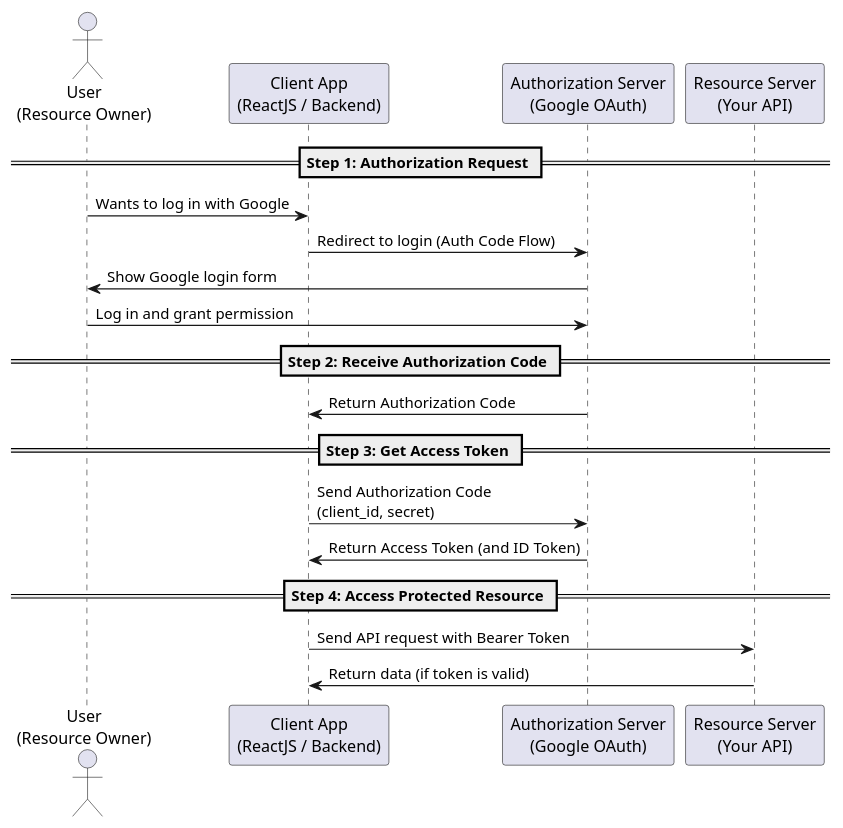
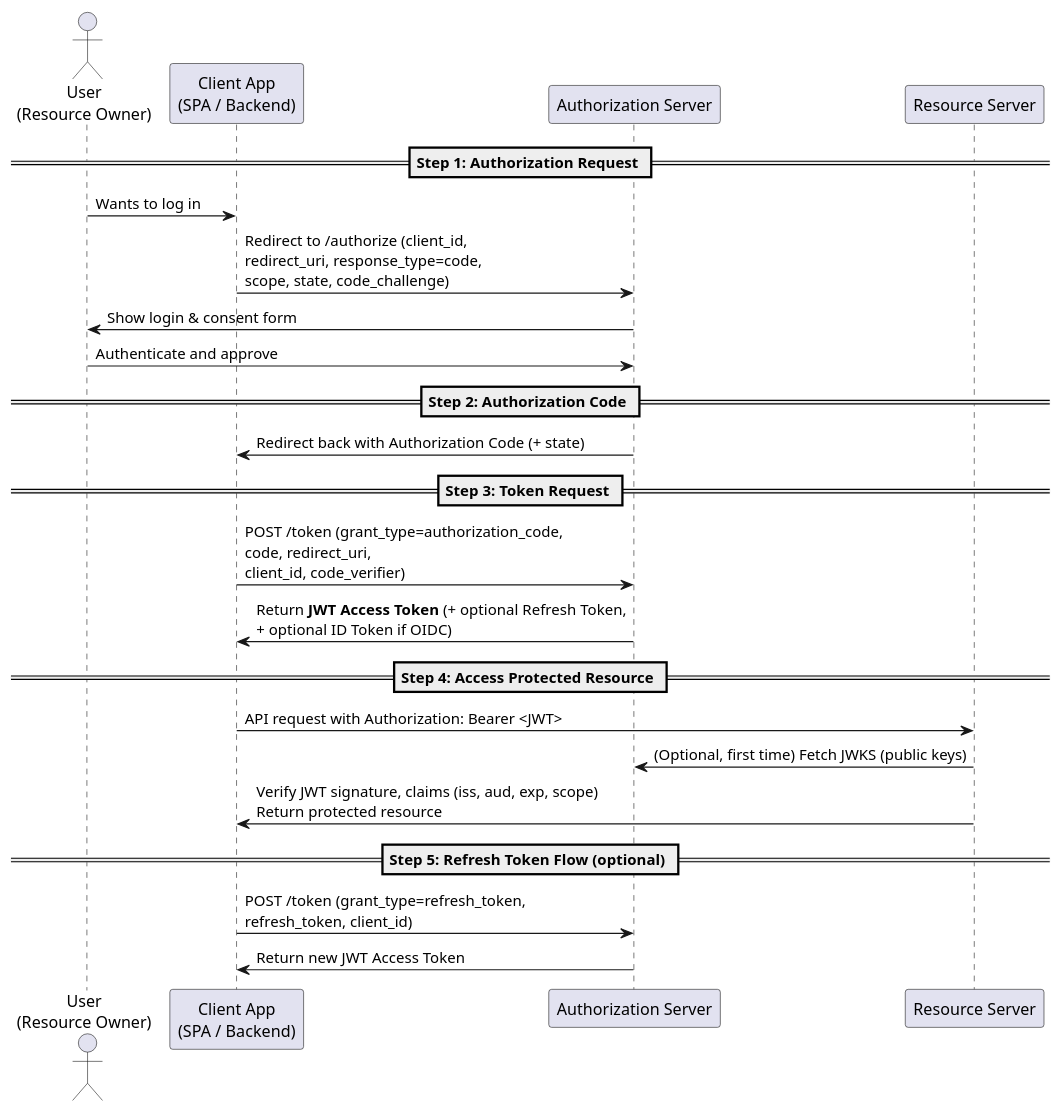
The diagram in doc/puml/oauth2-role.puml (nguyenhuuca/assessment), drawn with PlantUML before and after one commit. The commit also changed 29 other files, not shown here.

```diff
--- a/doc/puml/oauth2-role.puml
+++ b/doc/puml/oauth2-role.puml
@@ -1,24 +1,29 @@
 @startuml
 actor User as "User\n(Resource Owner)"
-participant Client as "Client App\n(ReactJS / Backend)"
-participant AuthServer as "Authorization Server\n(Google OAuth)"
-participant ResourceServer as "Resource Server\n(Your API)"
+participant Client as "Client App\n(SPA / Backend)"
+participant AuthServer as "Authorization Server"
+participant ResourceServer as "Resource Server"
 
 == Step 1: Authorization Request ==
-User -> Client : Wants to log in with Google
-Client -> AuthServer : Redirect to login (Auth Code Flow)
-AuthServer -> User : Show Google login form
-User -> AuthServer : Log in and grant permission
+User -> Client : Wants to log in
+Client -> AuthServer : Redirect to /authorize (client_id,\nredirect_uri, response_type=code,\nscope, state, code_challenge)
+AuthServer -> User : Show login & consent form
+User -> AuthServer : Authenticate and approve
 
-== Step 2: Receive Authorization Code ==
-AuthServer -> Client : Return Authorization Code
+== Step 2: Authorization Code ==
+AuthServer -> Client : Redirect back with Authorization Code (+ state)
 
-== Step 3: Get Access Token ==
-Client -> AuthServer : Send Authorization Code\n(client_id, secret)
-AuthServer -> Client : Return Access Token (and ID Token)
+== Step 3: Token Request ==
+Client -> AuthServer : POST /token (grant_type=authorization_code,\ncode, redirect_uri,\nclient_id, code_verifier)
+AuthServer -> Client : Return **JWT Access Token** (+ optional Refresh Token,\n+ optional ID Token if OIDC)
 
 == Step 4: Access Protected Resource ==
-Client -> ResourceServer : Send API request with Bearer Token
-ResourceServer -> Client : Return data (if token is valid)
+Client -> ResourceServer : API request with Authorization: Bearer <JWT>
+ResourceServer -> AuthServer : (Optional, first time) Fetch JWKS (public keys)
+ResourceServer -> Client : Verify JWT signature, claims (iss, aud, exp, scope)\nReturn protected resource
+
+== Step 5: Refresh Token Flow (optional) ==
+Client -> AuthServer : POST /token (grant_type=refresh_token,\nrefresh_token, client_id)
+AuthServer -> Client : Return new JWT Access Token
 
 @enduml
```
